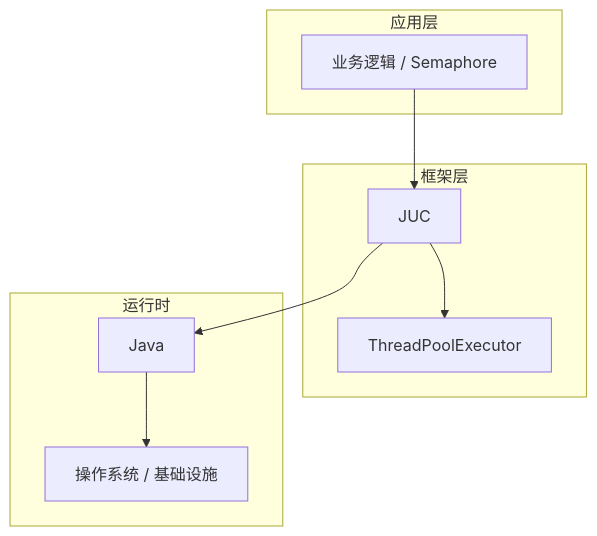
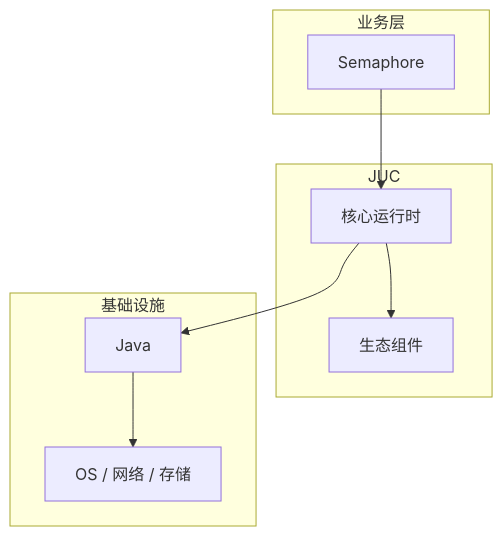
One commit to yanggan2015/knowledge-json-v2 changed the diagram in articles/Java并发/chapters/081-Semaphore核心概念与原理.md. Above: the diagram before and after it, drawn with Mermaid. The commit also changed other lines of this file and 10127 other files, not shown here.

````diff
--- a/articles/Java并发/chapters/081-Semaphore核心概念与原理.md
+++ b/articles/Java并发/chapters/081-Semaphore核心概念与原理.md
@@ -45,18 +34,18 @@
 ```mermaid
 graph TB
-    subgraph 应用层
-        A[业务逻辑 / Semaphore]
+    subgraph 业务层
+        A[Semaphore]
     end
-    subgraph 框架层
-        B[JUC]
-        C[ThreadPoolExecutor]
+    subgraph JUC
+        B[核心运行时]
+        C[生态组件]
     end
-    subgraph 运行时
+    subgraph 基础设施
         D[Java]
-        E[操作系统 / 基础设施]
+        E[OS / 网络 / 存储]
     end
     A --> B
     B --> C
     B --> D
     D --> E
 ```
````
